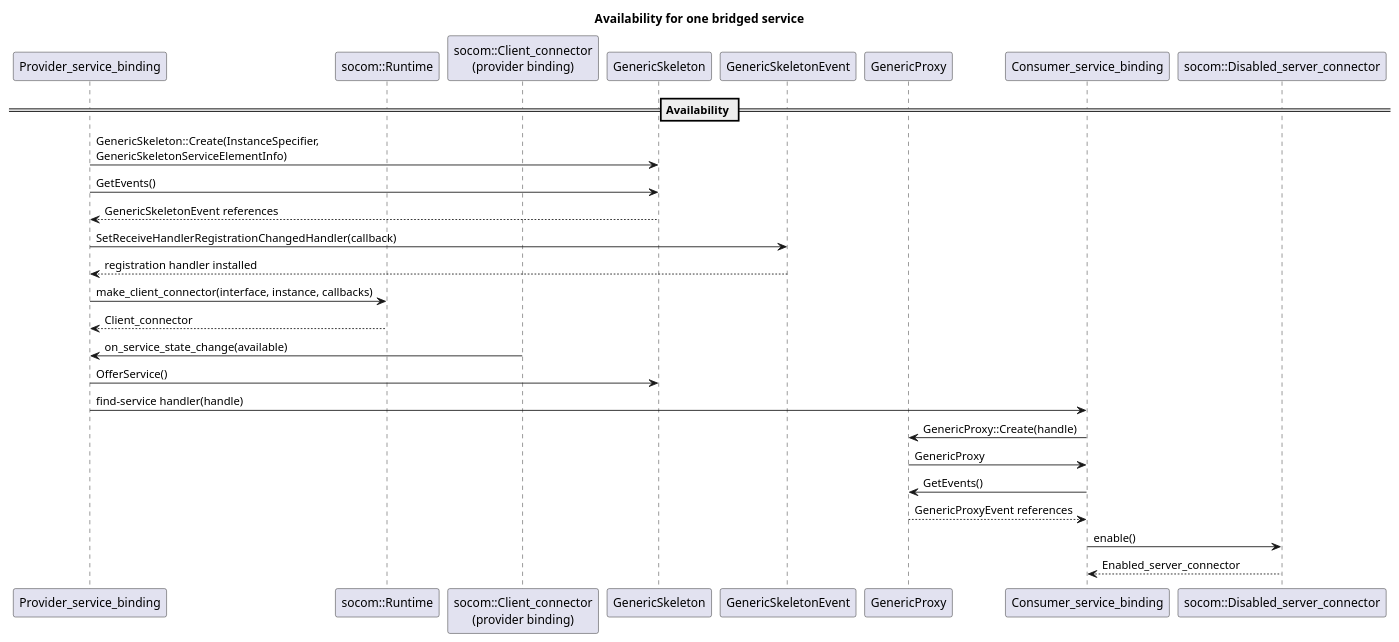
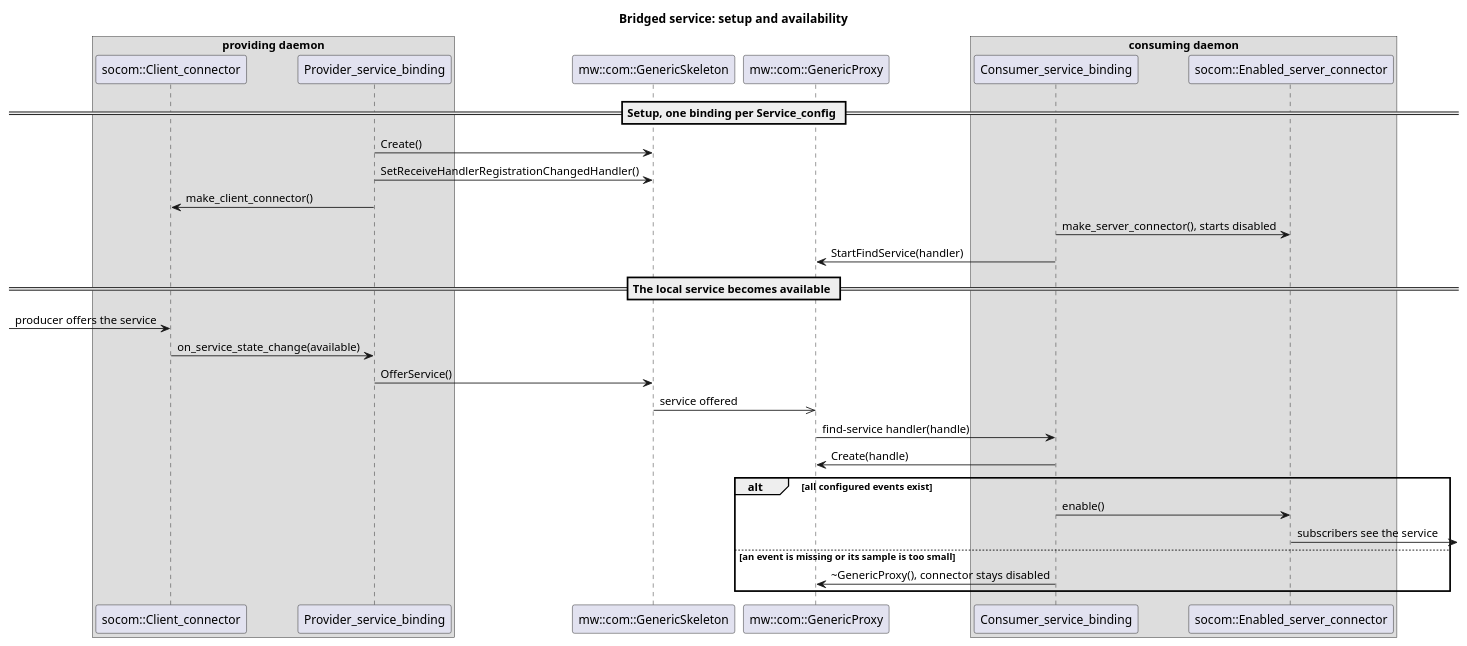
Before and after one commit to eclipse-score/inc_someip_gateway: the diagram in score/gateway_ipc_binding/docs/models/mw_com_event_availability.puml, drawn with PlantUML. The commit also changed 2 other files, not shown here.

Commit message:
merge creation of service bindings and service availability diagrams

```diff
--- a/score/gateway_ipc_binding/docs/models/mw_com_event_availability.puml
+++ b/score/gateway_ipc_binding/docs/models/mw_com_event_availability.puml
@@ -14,30 +14,35 @@
-@startuml
-title Availability for one bridged service
+@startuml mw_com_event_availability
+title Bridged service: setup and availability
 
+box "providing daemon"
+participant "socom::Client_connector" as client_connector
 participant "Provider_service_binding" as provider
-participant "socom::Runtime" as socom_runtime
-participant "socom::Client_connector\n(provider binding)" as provider_connector
-participant "GenericSkeleton" as skeleton
-participant "GenericSkeletonEvent" as skeleton_event
-participant "GenericProxy" as proxy
+end box
+participant "mw::com::GenericSkeleton" as skeleton
+participant "mw::com::GenericProxy" as proxy
+box "consuming daemon"
 participant "Consumer_service_binding" as consumer
-participant "socom::Disabled_server_connector" as disabled_connector
+participant "socom::Enabled_server_connector" as server_connector
+end box
 
-== Availability ==
-provider -> skeleton : GenericSkeleton::Create(InstanceSpecifier,\nGenericSkeletonServiceElementInfo)
-provider -> skeleton : GetEvents()
-skeleton --> provider : GenericSkeletonEvent references
-provider -> skeleton_event : SetReceiveHandlerRegistrationChangedHandler(callback)
-skeleton_event --> provider : registration handler installed
-provider -> socom_runtime : make_client_connector(interface, instance, callbacks)
-socom_runtime --> provider : Client_connector
-provider_connector -> provider : on_service_state_change(available)
+== Setup, one binding per Service_config ==
+provider -> skeleton : Create()
+provider -> skeleton : SetReceiveHandlerRegistrationChangedHandler()
+provider -> client_connector : make_client_connector()
+consumer -> server_connector : make_server_connector(), starts disabled
+consumer -> proxy : StartFindService(handler)
+
+== The local service becomes available ==
+[-> client_connector : producer offers the service
+client_connector -> provider : on_service_state_change(available)
 provider -> skeleton : OfferService()
-provider -> consumer : find-service handler(handle)
-consumer -> proxy : GenericProxy::Create(handle)
-proxy -> consumer : GenericProxy
-consumer -> proxy : GetEvents()
-proxy --> consumer : GenericProxyEvent references
-consumer -> disabled_connector : enable()
-disabled_connector --> consumer : Enabled_server_connector
+skeleton ->> proxy : service offered
+proxy -> consumer : find-service handler(handle)
+consumer -> proxy : Create(handle)
+alt all configured events exist
+  consumer -> server_connector : enable()
+  server_connector ->] : subscribers see the service
+else an event is missing or its sample is too small
+  consumer -> proxy : ~GenericProxy(), connector stays disabled
+end
 @enduml
```
